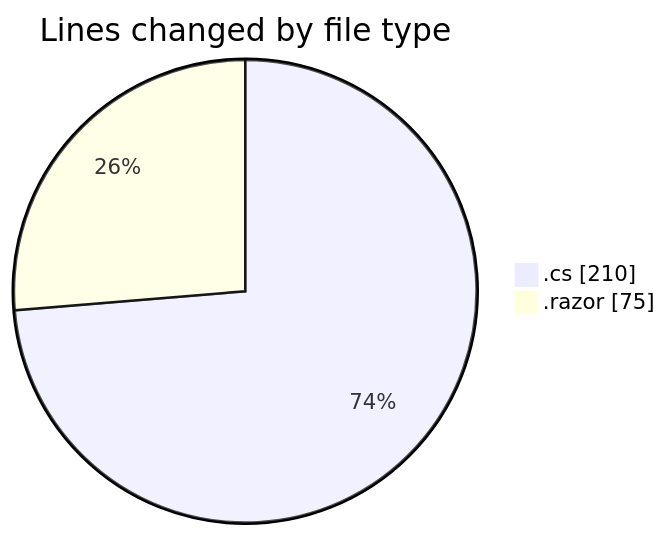
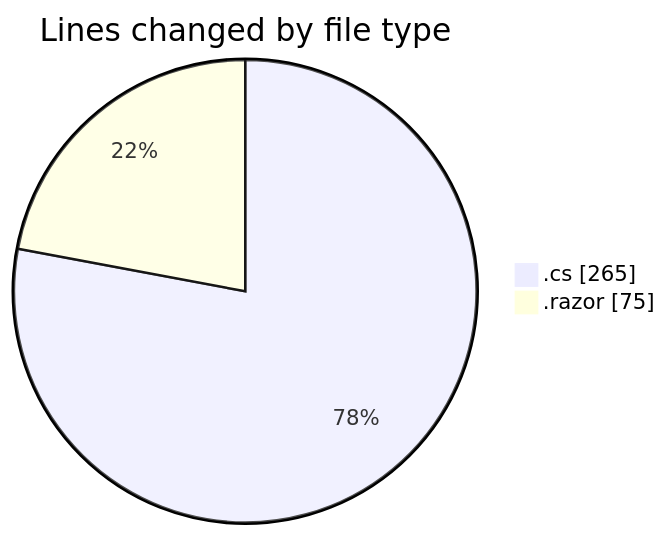
Before and after one commit to Netris89/code-tracking: the first of 2 diagrams in 2025-03-30/front-end/README.md, drawn with Mermaid. The commit also changed other lines of this file and 1 other file, not shown here.

````diff
--- a/2025-03-30/front-end/README.md
+++ b/2025-03-30/front-end/README.md
@@ -23,6 +24,6 @@
 ```mermaid
 pie showData
 title Lines changed by file type
-".cs" : 210
+".cs" : 265
 ".razor" : 75
 ```
````
